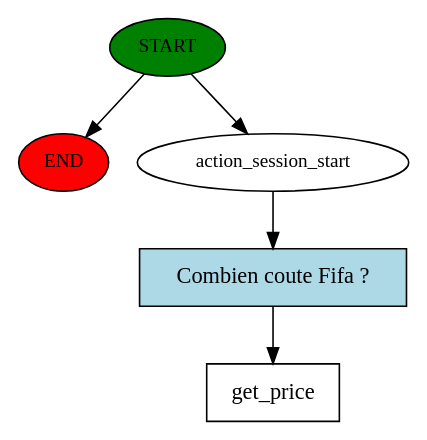
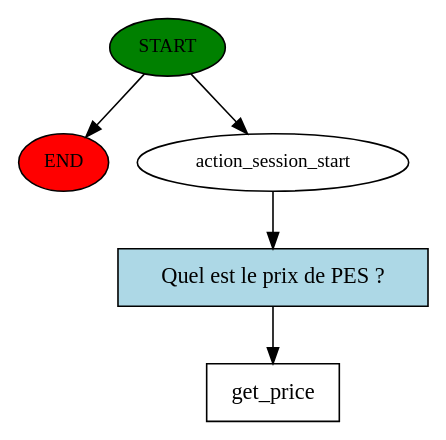
Before and after one commit to cousincecile/ihm_pa: the diagram in OnlyFeed/nlp/rasa_projetc/story_graph.dot, drawn with Graphviz. The commit also changed 5 other files, not shown here.

```diff
--- a/OnlyFeed/nlp/rasa_projetc/story_graph.dot
+++ b/OnlyFeed/nlp/rasa_projetc/story_graph.dot
@@ -1,11 +1,11 @@
 digraph  {
 0 [class="start active", fillcolor=green, fontsize=12, label=START, style=filled];
 "-1" [class=end, fillcolor=red, fontsize=12, label=END, style=filled];
 1 [class=active, fontsize=12, label=action_session_start];
 2 [class="intent dashed active", label=get_price, shape=rect];
-3 [class="intent active", fillcolor=lightblue, label="Combien coute Fifa ?", shape=rect, style=filled];
+3 [class="intent active", fillcolor=lightblue, label="Quel est le prix de PES ?", shape=rect, style=filled];
 0 -> "-1"  [class="", key=NONE, label=""];
 0 -> 1  [class=active, key=NONE, label=""];
 1 -> 3  [class=active, key=0];
 3 -> 2  [class=active, key=0];
 }
```
